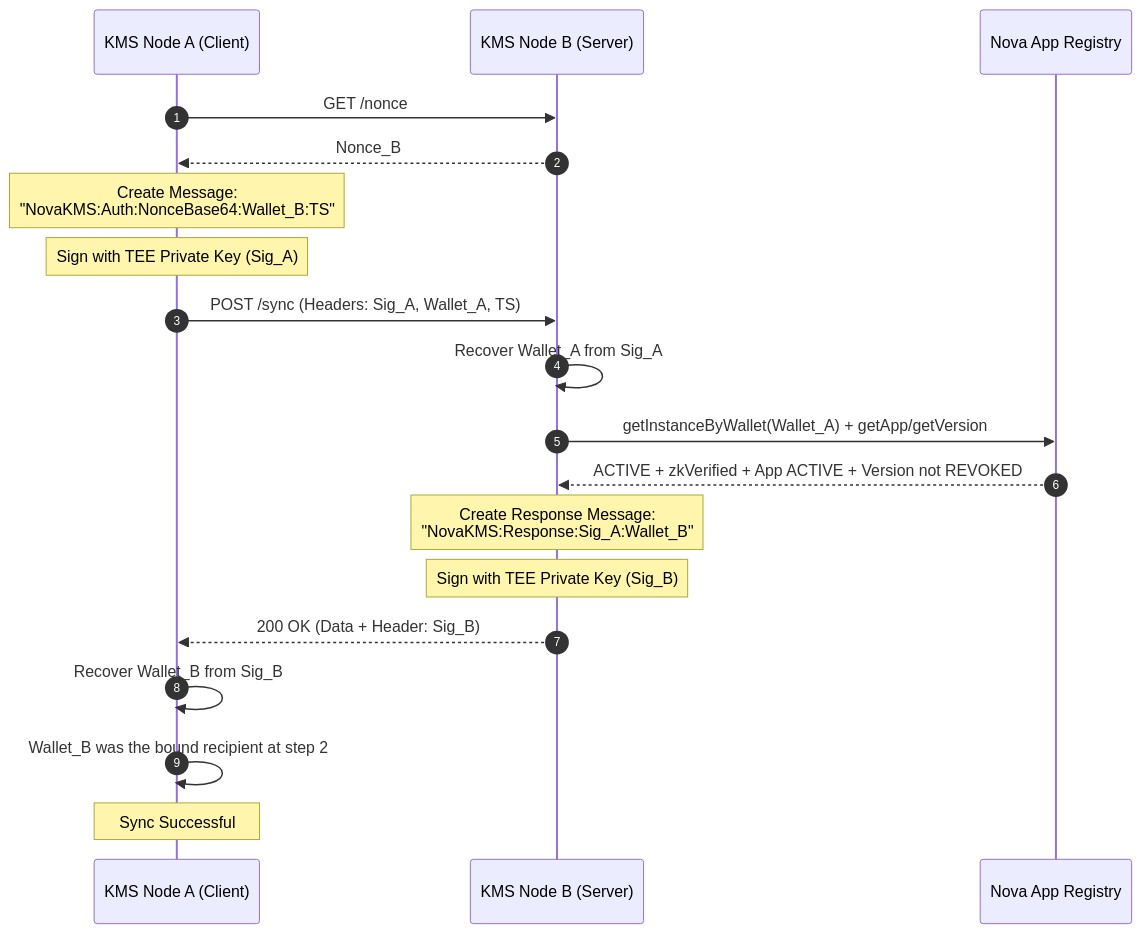
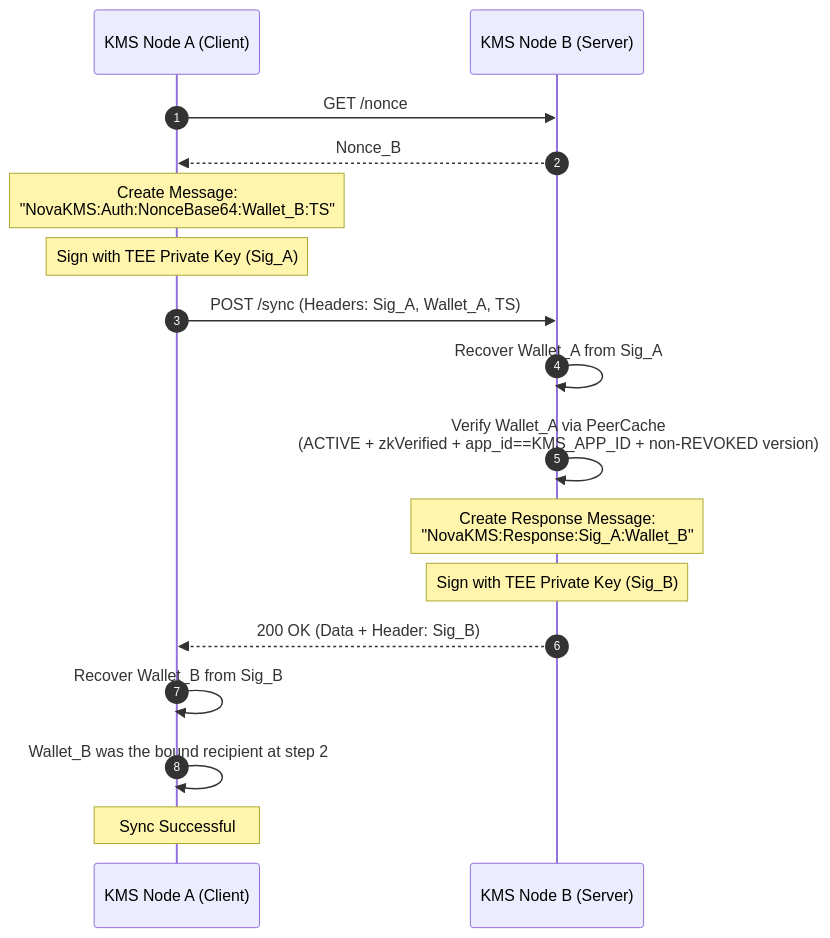
One commit to sparsity-xyz/nova-kms changed the fourth of 5 diagrams in docs/kms-core-workflows.md. Above: the diagram before and after it, drawn with Mermaid. The commit also changed other lines of this file, not shown here.

Commit message:
sync rust with python version

````diff
--- a/docs/kms-core-workflows.md
+++ b/docs/kms-core-workflows.md
@@ -222,28 +224,26 @@
 ```mermaid
 sequenceDiagram
     autonumber
     participant A as KMS Node A (Client)
     participant B as KMS Node B (Server)
-    participant AppReg as Nova App Registry
 
     A->>B: GET /nonce
     B-->>A: Nonce_B
     
     Note over A: Create Message:<br/>"NovaKMS:Auth:NonceBase64:Wallet_B:TS"
     Note over A: Sign with TEE Private Key (Sig_A)
     
     A->>B: POST /sync (Headers: Sig_A, Wallet_A, TS)
     
     B->>B: Recover Wallet_A from Sig_A
-    B->>AppReg: getInstanceByWallet(Wallet_A) + getApp/getVersion
-    AppReg-->>B: ACTIVE + zkVerified + App ACTIVE + Version not REVOKED
+    B->>B: Verify Wallet_A via PeerCache<br/>(ACTIVE + zkVerified + app_id==KMS_APP_ID + non-REVOKED version)
     
     Note over B: Create Response Message:<br/>"NovaKMS:Response:Sig_A:Wallet_B"
     Note over B: Sign with TEE Private Key (Sig_B)
     
     B-->>A: 200 OK (Data + Header: Sig_B)
     
     A->>A: Recover Wallet_B from Sig_B
     A->>A: Wallet_B was the bound recipient at step 2
     Note over A: Sync Successful
 ```
````
